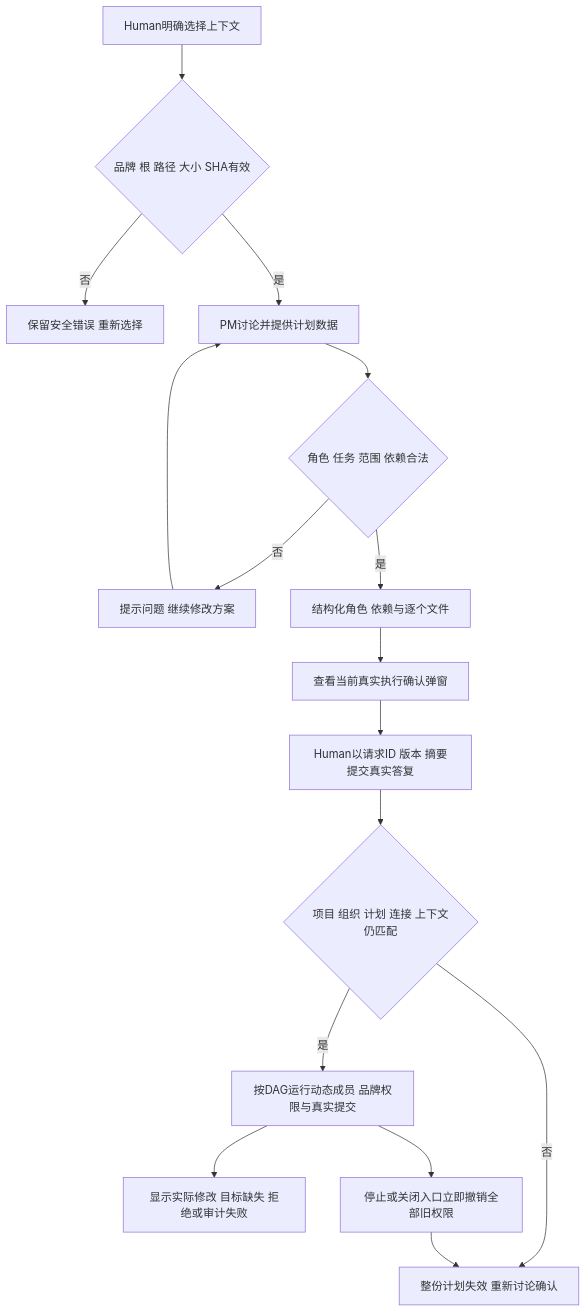
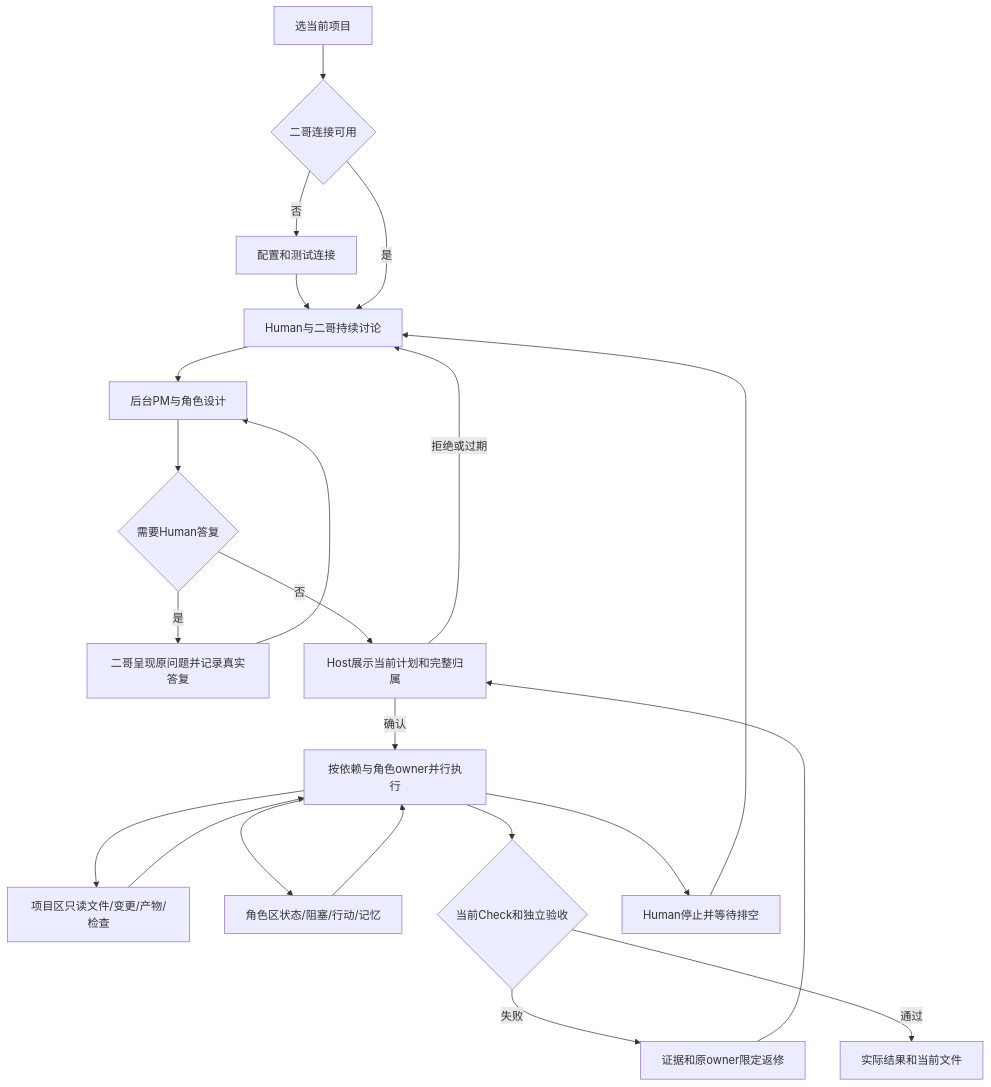
Before and after one commit to wangzhongren/ans-legion: the diagram in docs/roles/DesktopEngineer/docs/feature/desktop-console.md, drawn with Mermaid. The commit also changed other lines of this file and 110 other files, not shown here.

Commit message:
feat: deliver Er Ge desktop command center and sidebar entry

````diff
--- a/docs/roles/DesktopEngineer/docs/feature/desktop-console.md
+++ b/docs/roles/DesktopEngineer/docs/feature/desktop-console.md
@@ -90,18 +50,24 @@
 ```mermaid
 flowchart TD
-  context[Human明确选择上下文] --> read{品牌 根 路径 大小 SHA有效}
-  read -->|否| error[保留安全错误 重新选择]
-  read -->|是| discuss[PM讨论并提供计划数据]
-  discuss --> parse{角色 任务 范围 依赖合法}
-  parse -->|否| revise[提示问题 继续修改方案]
-  revise --> discuss
-  parse -->|是| panel[结构化角色 依赖与逐个文件]
-  panel --> request[查看当前真实执行确认弹窗]
-  request --> confirm[Human以请求ID 版本 摘要提交真实答复]
-  confirm --> bindings{项目 组织 计划 连接 上下文仍匹配}
-  bindings -->|否| stale[整份计划失效 重新讨论确认]
-  bindings -->|是| execute[按DAG运行动态成员 品牌权限与真实提交]
-  execute --> result[显示实际修改 目标缺失 拒绝或审计失败]
-  execute --> cancel[停止或关闭入口立即撤销全部旧权限]
-  cancel --> stale
+  Open[选当前项目] --> Connect{二哥连接可用}
+  Connect -- 否 --> Settings[配置和测试连接]
+  Settings --> Talk
+  Connect -- 是 --> Talk[Human与二哥持续讨论]
+  Talk --> PM[后台PM与角色设计]
+  PM --> Need{需要Human答复}
+  Need -- 是 --> Ask[二哥呈现原问题并记录真实答复]
+  Ask --> PM
+  Need -- 否 --> Confirm[Host展示当前计划和完整归属]
+  Confirm -- 拒绝或过期 --> Talk
+  Confirm -- 确认 --> Run[按依赖与角色owner并行执行]
+  Run --> Files[项目区只读文件/变更/产物/检查]
+  Run --> Roles[角色区状态/阻塞/行动/记忆]
+  Files --> Run
+  Roles --> Run
+  Run --> Accept{当前Check和独立验收}
+  Accept -- 失败 --> Repair[证据和原owner限定返修]
+  Repair --> Confirm
+  Accept -- 通过 --> Done[实际结果和当前文件]
+  Run --> Stop[Human停止并等待排空]
+  Stop --> Talk
 ```
````
